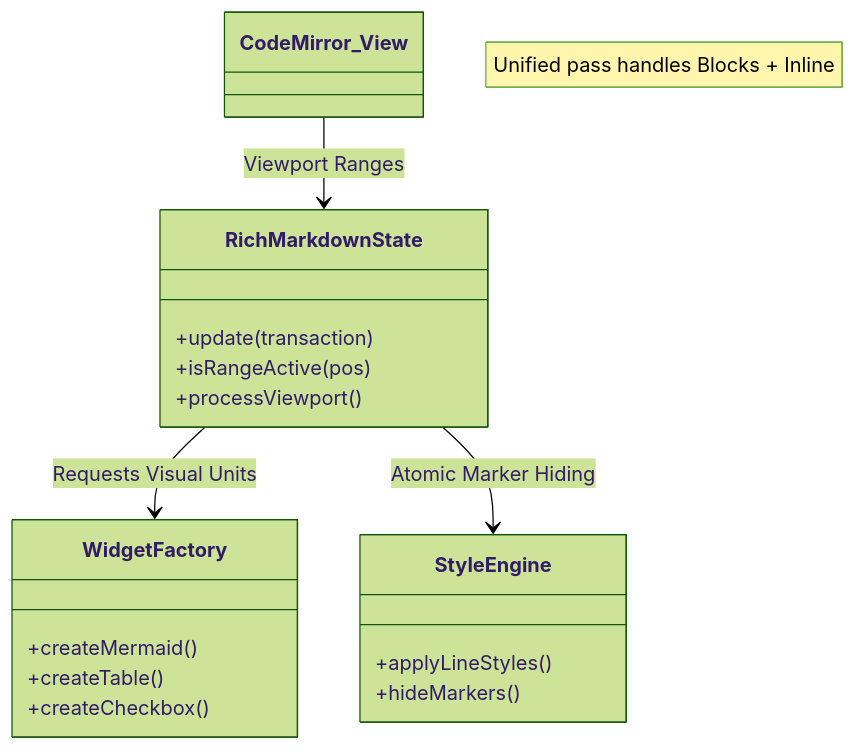
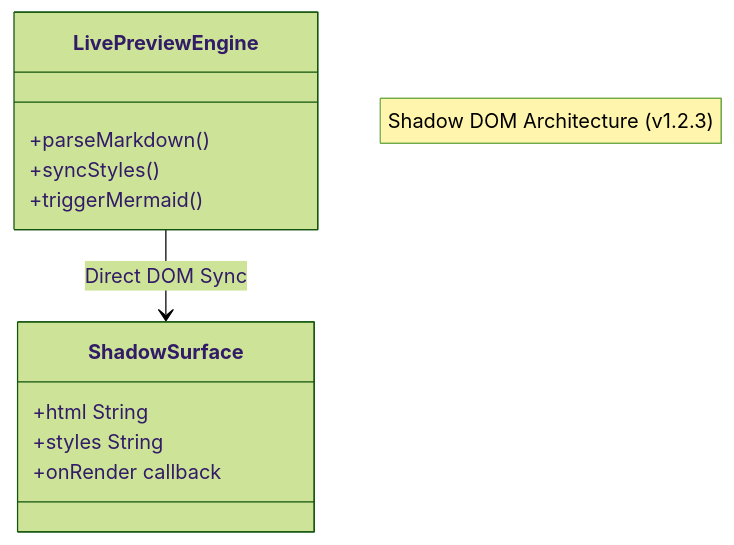
The third of 4 diagrams in notes/doc.md (Saboor-Hamedi/dev-snippet), drawn with Mermaid (forest theme) before and after one commit. The commit also changed other lines of this file and 24 other files, not shown here.

Commit message:
UI polished, Flow mode improve. Some simple bugs fixed.

````diff
--- a/notes/doc.md
+++ b/notes/doc.md
@@ -135,24 +135,17 @@
 ```mermaid
 classDiagram
-    note "Unified pass handles Blocks + Inline"
-    class RichMarkdownState {
-        +update(transaction)
-        +isRangeActive(pos)
-        +processViewport()
+    note "Shadow DOM Architecture (v1.2.3)"
+    class ShadowSurface {
+        +html String
+        +styles String
+        +onRender callback
     }
     
-    class WidgetFactory {
-        +createMermaid()
-        +createTable()
-        +createCheckbox()
+    class LivePreviewEngine {
+        +parseMarkdown()
+        +syncStyles()
+        +triggerMermaid()
     }
 
-    class StyleEngine {
-        +applyLineStyles()
-        +hideMarkers()
-    }
-
-    CodeMirror_View --> RichMarkdownState : Viewport Ranges
-    RichMarkdownState --> WidgetFactory : Requests Visual Units
-    RichMarkdownState --> StyleEngine : Atomic Marker Hiding
+    LivePreviewEngine --> ShadowSurface : Direct DOM Sync
 ```
````
